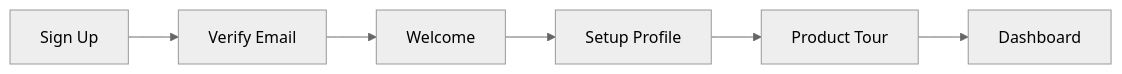
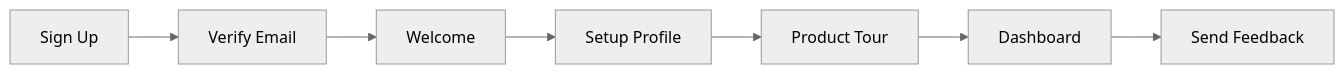
Before and after one commit to rubenmango/mermaid-bot-sandbox: the diagram in onboarding.mmd, drawn with Mermaid (neutral theme).

Commit message:
Add feedback step to onboarding

```diff
--- a/onboarding.mmd
+++ b/onboarding.mmd
@@ -1,6 +1,7 @@
 flowchart LR
     A[Sign Up] --> B[Verify Email]
     B --> C[Welcome]
     C --> Profile[Setup Profile]
     Profile --> Tour[Product Tour]
     Tour --> Done[Dashboard]
+    Done --> Feedback[Send Feedback]
```
